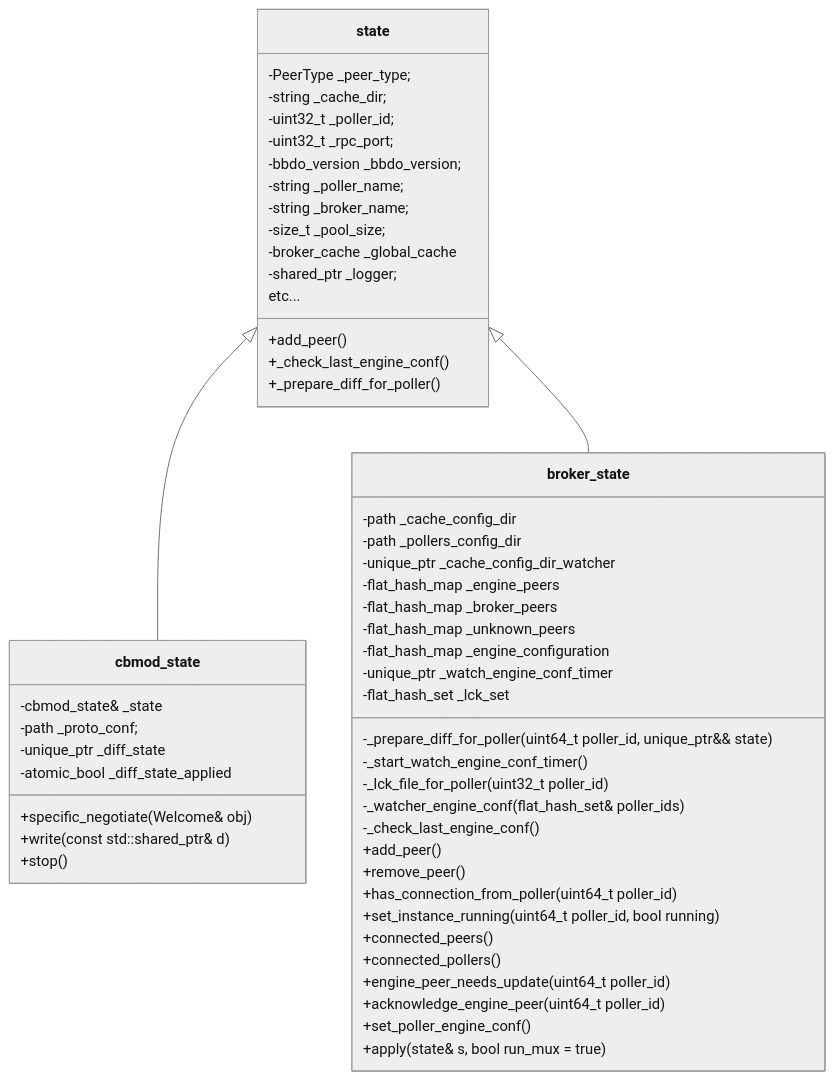
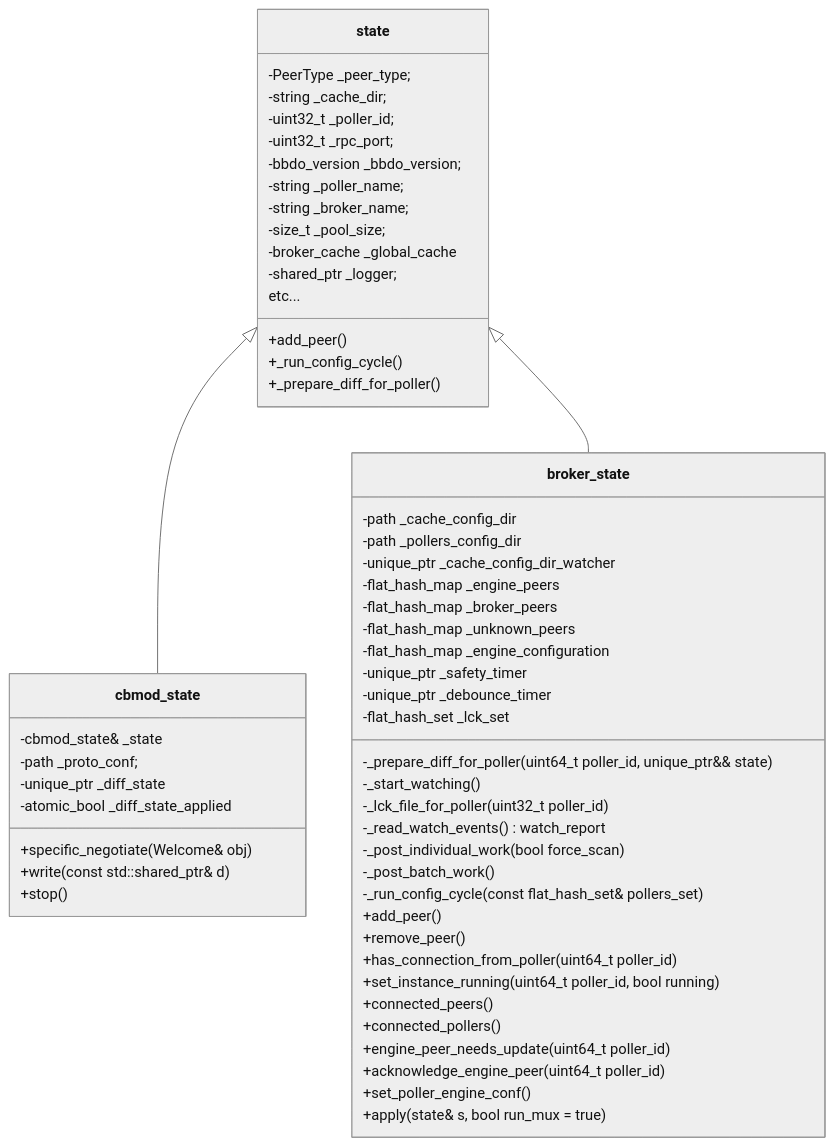
Before and after one commit to centreon/centreon-collect: diagram 18 of 43 in doc/nego-engine-broker-fr.md, drawn with Mermaid (neutral theme). The commit also changed other lines of this file and 4 other files, not shown here.

First line of the commit message:
enh(broker): engine conf watcher code simplified

````diff
--- a/doc/nego-engine-broker-fr.md
+++ b/doc/nego-engine-broker-fr.md
@@ -2001,57 +2047,60 @@
 ```mermaid
 classDiagram
     class state {
         -PeerType _peer_type;
         -string _cache_dir;
         -uint32_t _poller_id;
         -uint32_t _rpc_port;
         -bbdo_version _bbdo_version;
         -string _poller_name;
         -string _broker_name;
         -size_t _pool_size;
         -broker_cache _global_cache
         -shared_ptr<spdlog::logger> _logger;
 
         +add_peer()
-        +_check_last_engine_conf()
+        +_run_config_cycle()
         +_prepare_diff_for_poller()
         etc...
     }
     class cbmod_state {
         -cbmod_state& _state
         -path _proto_conf;
         -unique_ptr<DiffState> _diff_state
         -atomic_bool _diff_state_applied
         +specific_negotiate(Welcome& obj)
         +write(const std::shared_ptr<io::data>& d)
         +stop()
     }
     class broker_state {
         -path _cache_config_dir
         -path _pollers_config_dir
         -unique_ptr<directory_watcher> _cache_config_dir_watcher
         -flat_hash_map<peer_key, engine_peer> _engine_peers
         -flat_hash_map<peer_key, broker_peer> _broker_peers
         -flat_hash_map<peer_key, unknown_peer> _unknown_peers
         -flat_hash_map<uint64_t, string> _engine_configuration
-        -unique_ptr<steady_timer> _watch_engine_conf_timer
+        -unique_ptr<steady_timer> _safety_timer
+        -unique_ptr<steady_timer> _debounce_timer
         -flat_hash_set<uint32_t> _lck_set
         -_prepare_diff_for_poller(uint64_t poller_id, unique_ptr<State>&& state)
-        -_start_watch_engine_conf_timer()
+        -_start_watching()
         -_lck_file_for_poller(uint32_t poller_id)
-        -_watcher_engine_conf(flat_hash_set<uint32_t>& poller_ids)
-        -_check_last_engine_conf()
+        -_read_watch_events() watch_report
+        -_post_individual_work(bool force_scan)
+        -_post_batch_work()
+        -_run_config_cycle(const flat_hash_set<uint32_t>& pollers_set)
         +add_peer()
         +remove_peer()
         +has_connection_from_poller(uint64_t poller_id)
         +set_instance_running(uint64_t poller_id, bool running)
         +connected_peers()
         +connected_pollers()
         +engine_peer_needs_update(uint64_t poller_id)
         +acknowledge_engine_peer(uint64_t poller_id)
         +set_poller_engine_conf()
         +apply(state& s, bool run_mux = true)
     }
     state <|-- cbmod_state
     state <|-- broker_state
 ```
````
